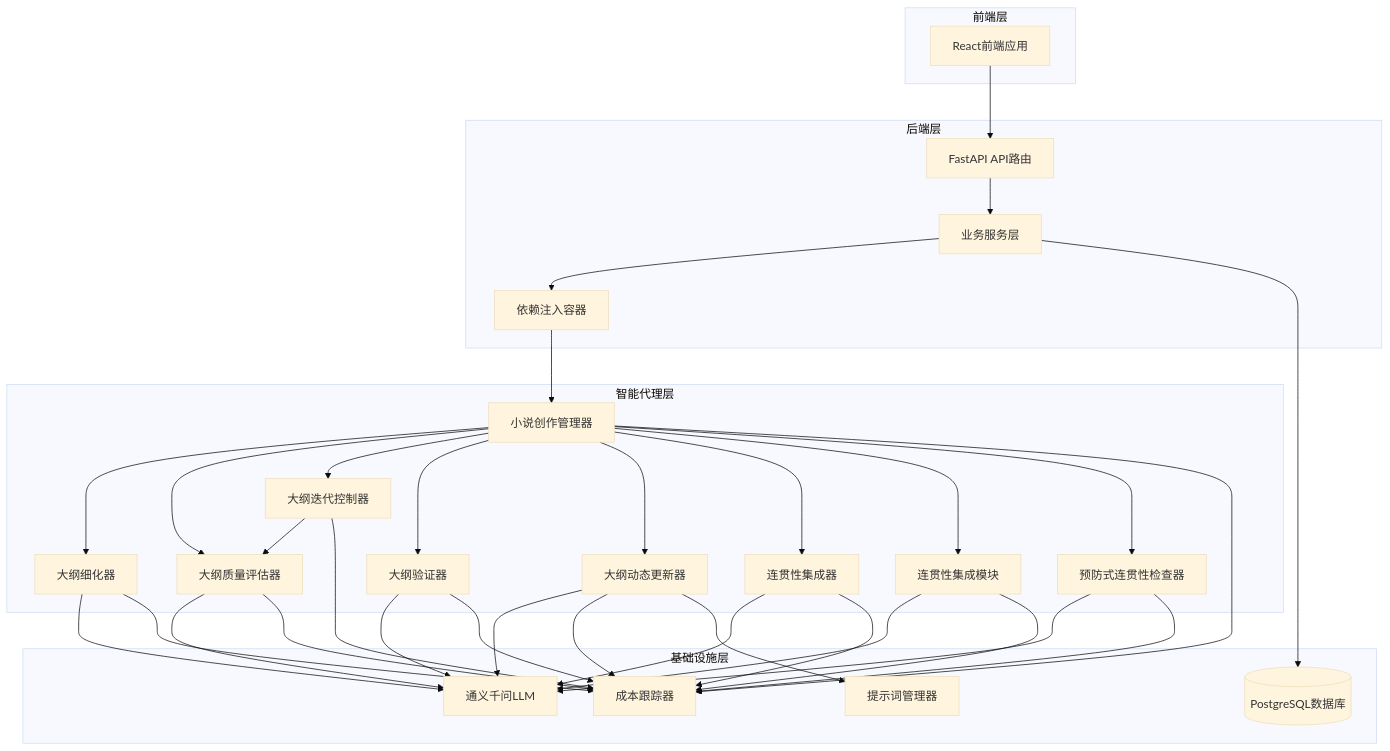
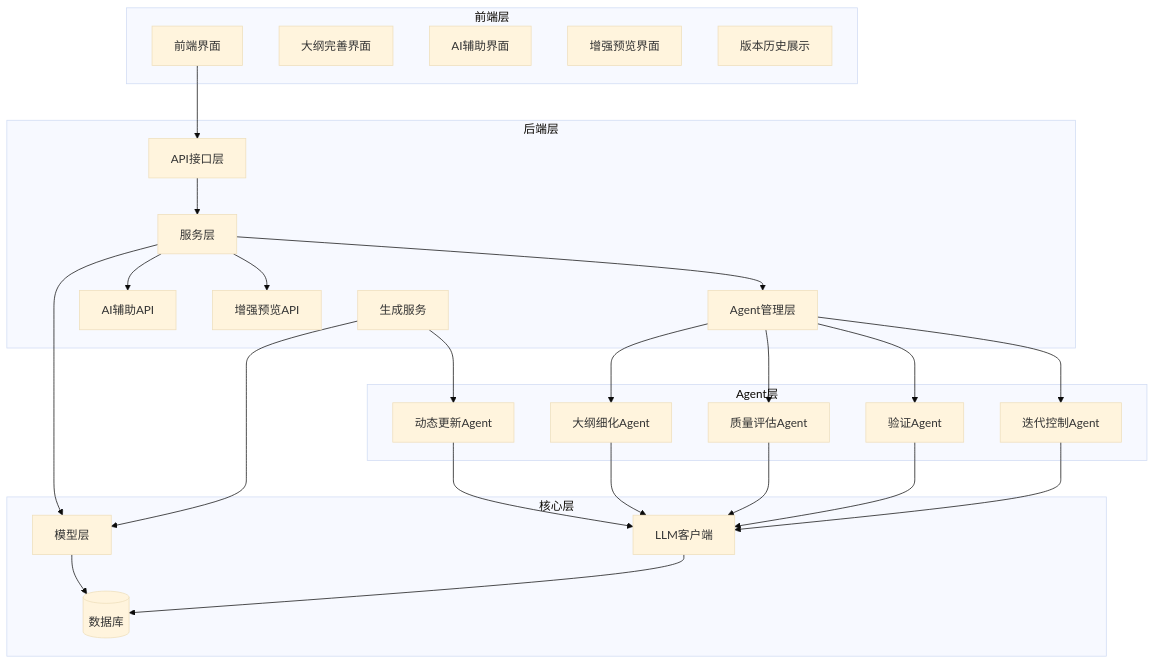
Before and after one commit to xfbyxq/ai-novel-system: the first of 15 diagrams in .qoder/repowiki/zh/content/AI智能体系统/智能大纲完善系统.md, drawn with Mermaid (base theme). The commit also changed other lines of this file and 8 other files, not shown here.

````diff
--- a/.qoder/repowiki/zh/content/AI智能体系统/智能大纲完善系统.md
+++ b/.qoder/repowiki/zh/content/AI智能体系统/智能大纲完善系统.md
@@ -81,59 +65,49 @@
 ```mermaid
 graph TB
 subgraph "前端层"
-FE[React前端应用]
+FE[前端界面]
+UI[大纲完善界面]
+AI[AI辅助界面]
+END[增强预览界面]
+VERSION[版本历史展示]
 end
 subgraph "后端层"
-API[FastAPI API路由]
-SVC[业务服务层]
-DEP[依赖注入容器]
+API[API接口层]
+SVC[服务层]
+AGT[Agent管理层]
+AIAPI[AI辅助API]
+ENHAPI[增强预览API]
+GENSVC[生成服务]
 end
-subgraph "智能代理层"
-CM[小说创作管理器]
-OR[大纲细化器]
-OQE[大纲质量评估器]
-OIC[大纲迭代控制器]
-OV[大纲验证器]
-ODU[大纲动态更新器]
-CI[连贯性集成器]
-CIM[连贯性集成模块]
-PCC[预防式连贯性检查器]
+subgraph "核心层"
+MOD[模型层]
+LLM[LLM客户端]
+DB[(数据库)]
 end
-subgraph "基础设施层"
-DB[(PostgreSQL数据库)]
-LLM[通义千问LLM]
-CT[成本跟踪器]
-PM[提示词管理器]
+subgraph "Agent层"
+OR[大纲细化Agent]
+OQ[质量评估Agent]
+OV[验证Agent]
+OI[迭代控制Agent]
+ODU[动态更新Agent]
 end
 FE --> API
 API --> SVC
-SVC --> DEP
-DEP --> CM
-CM --> OR
-CM --> OQE
-CM --> OIC
-CM --> OV
-CM --> ODU
-CM --> CI
-CM --> CIM
-CM --> PCC
+SVC --> AGT
+SVC --> AIAPI
+SVC --> ENHAPI
+GENSVC --> ODU
+AGT --> OR
+AGT --> OQ
+AGT --> OV
+AGT --> OI
+ODU --> LLM
 OR --> LLM
-OQE --> LLM
-OIC --> OQE
+OQ --> LLM
 OV --> LLM
-ODU --> LLM
-CI --> LLM
-CIM --> LLM
-PCC --> LLM
-SVC --> DB
-CM --> CT
-OR --> CT
-OQE --> CT
-OIC --> CT
-OV --> CT
-ODU --> CT
-CI --> CT
-CIM --> CT
-PCC --> CT
-ODU --> PM
+OI --> LLM
+SVC --> MOD
+GENSVC --> MOD
+MOD --> DB
+LLM --> DB
 ```
````
